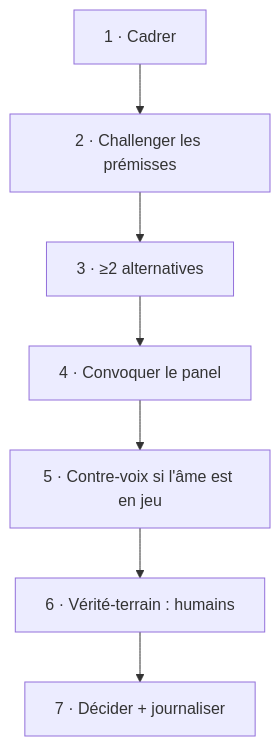
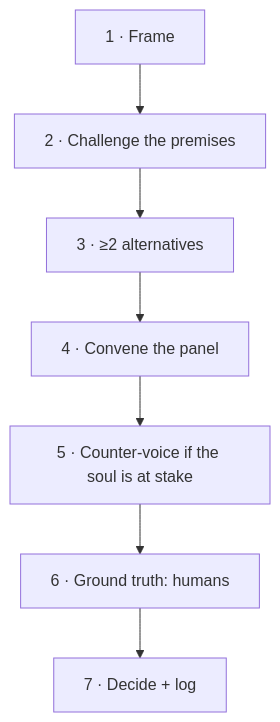
One commit to trivoallan/le-malentendu changed the fifth of 5 diagrams in process/exemples-et-schemas.md. Above: the diagram before and after it, drawn with Mermaid. The commit also changed other lines of this file and 12 other files, not shown here.

````diff
--- a/process/exemples-et-schemas.md
+++ b/process/exemples-et-schemas.md
@@ -63,4 +66,4 @@
 ```mermaid
 flowchart TB
-  s1["1 · Cadrer"] --> s2["2 · Challenger les prémisses"] --> s3["3 · ≥2 alternatives"] --> s4["4 · Convoquer le panel"] --> s5["5 · Contre-voix si l'âme est en jeu"] --> s6["6 · Vérité-terrain : humains"] --> s7["7 · Décider + journaliser"]
+  s1["1 · Frame"] --> s2["2 · Challenge the premises"] --> s3["3 · ≥2 alternatives"] --> s4["4 · Convene the panel"] --> s5["5 · Counter-voice if the soul is at stake"] --> s6["6 · Ground truth: humans"] --> s7["7 · Decide + log"]
 ```
````
